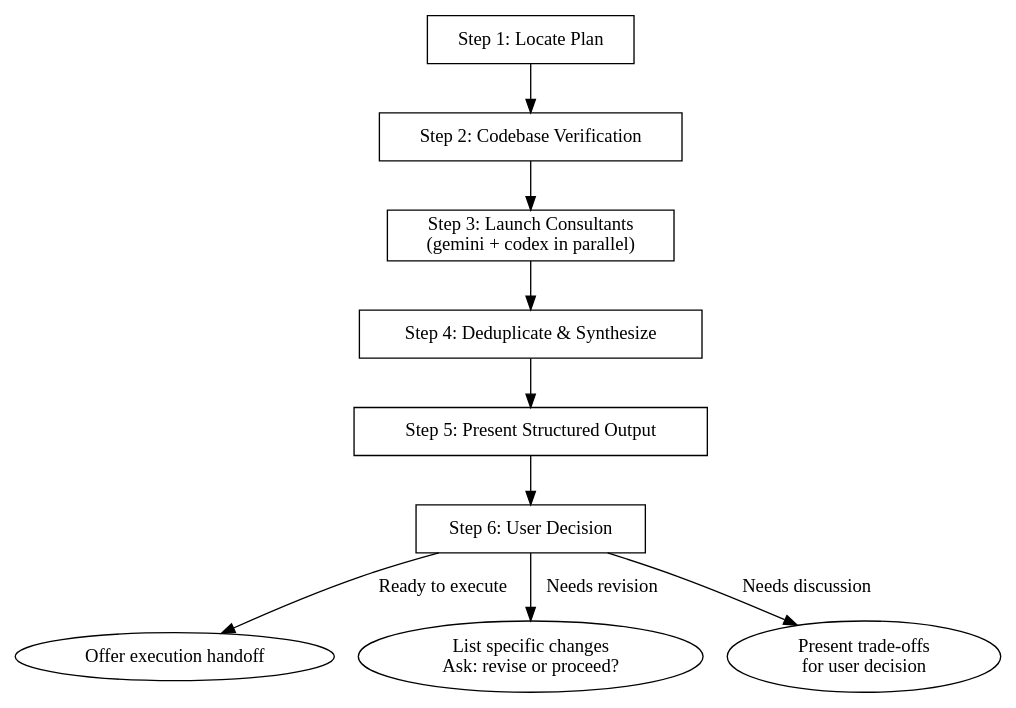
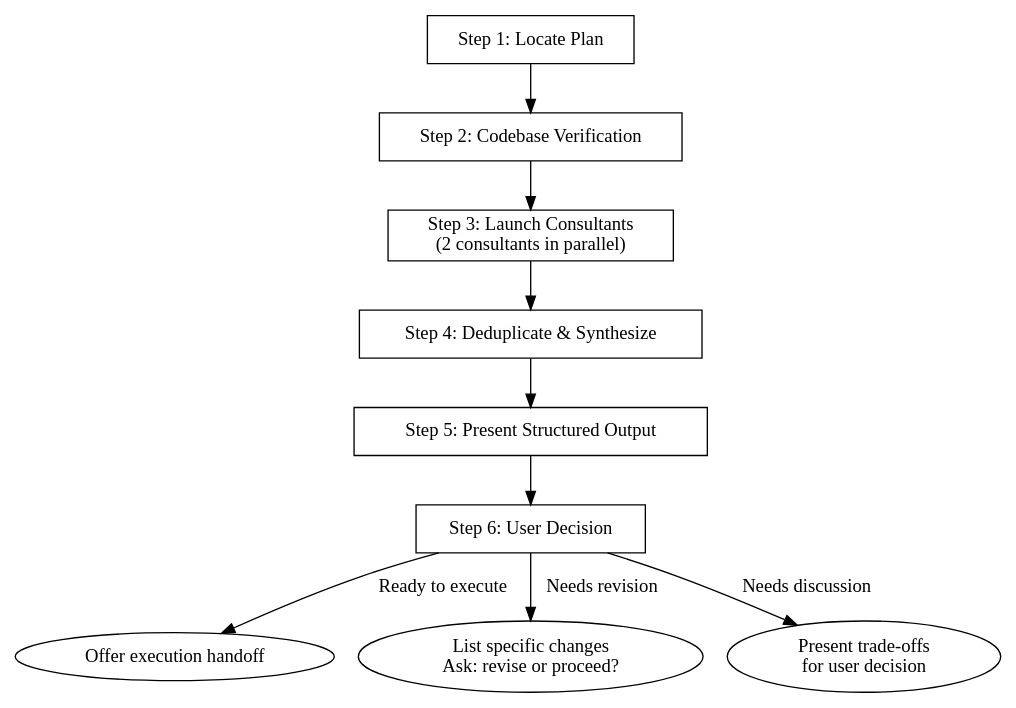
The diagram in plugins/council/skills/review-plan/SKILL.md (rube-de/cc-skills), drawn with Graphviz before and after one commit. The commit also changed other lines of this file and 9 other files, not shown here.

````diff
--- a/plugins/council/skills/review-plan/SKILL.md
+++ b/plugins/council/skills/review-plan/SKILL.md
@@ -18,23 +18,23 @@
 ```dot
 digraph review_plan {
   rankdir=TB;
   node [shape=box];
 
   locate [label="Step 1: Locate Plan"];
   verify [label="Step 2: Codebase Verification"];
-  launch [label="Step 3: Launch Consultants\n(gemini + codex in parallel)"];
+  launch [label="Step 3: Launch Consultants\n(2 consultants in parallel)"];
   synthesize [label="Step 4: Deduplicate & Synthesize"];
   present [label="Step 5: Present Structured Output"];
   decide [label="Step 6: User Decision"];
 
   locate -> verify -> launch -> synthesize -> present -> decide;
 
   decide -> execute [label="Ready to execute"];
   decide -> revise [label="Needs revision"];
   decide -> discuss [label="Needs discussion"];
 
   execute [label="Offer execution handoff" shape=ellipse];
   revise [label="List specific changes\nAsk: revise or proceed?" shape=ellipse];
   discuss [label="Present trade-offs\nfor user decision" shape=ellipse];
 }
 ```
````
